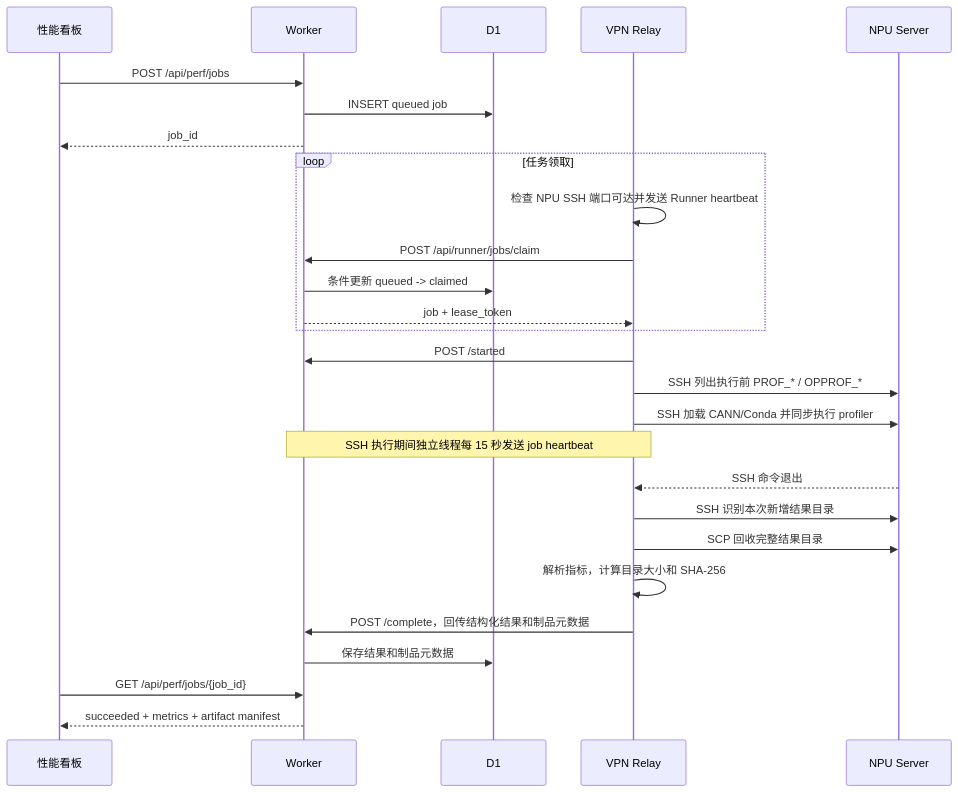
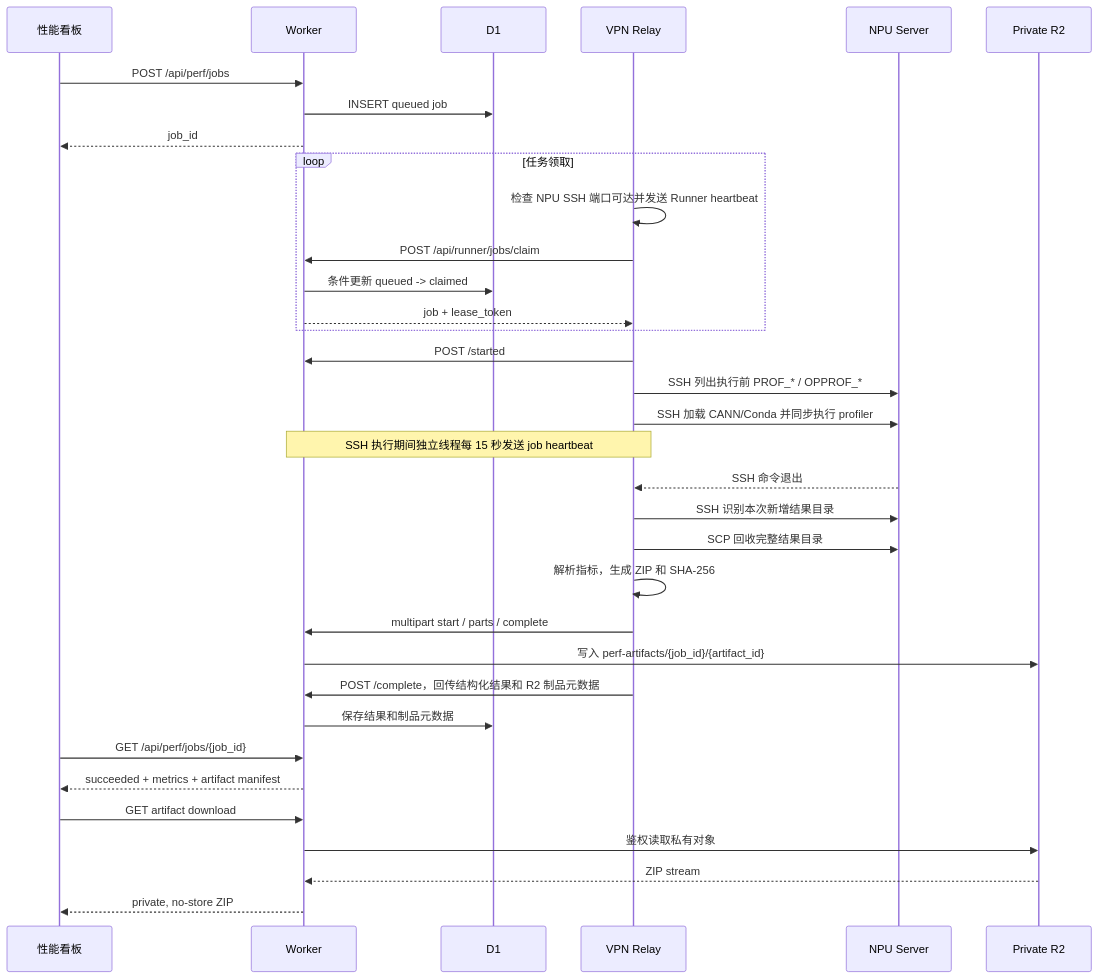
The second of 3 diagrams in docs/npu-vpn-runner-design.md (fazhenyao/flash-linear-attention-npu-io), drawn with Mermaid before and after one commit. The commit also changed other lines of this file, not shown here.

Commit message:
Update current NPU collection architecture

````diff
--- a/docs/npu-vpn-runner-design.md
+++ b/docs/npu-vpn-runner-design.md
@@ -181,32 +196,39 @@
 ```mermaid
 sequenceDiagram
     participant UI as 性能看板
     participant W as Worker
     participant D as D1
     participant R as VPN Relay
     participant N as NPU Server
+    participant O as Private R2
 
     UI->>W: POST /api/perf/jobs
     W->>D: INSERT queued job
     W-->>UI: job_id
 
     loop 任务领取
         R->>R: 检查 NPU SSH 端口可达并发送 Runner heartbeat
         R->>W: POST /api/runner/jobs/claim
         W->>D: 条件更新 queued -> claimed
         W-->>R: job + lease_token
     end
 
     R->>W: POST /started
     R->>N: SSH 列出执行前 PROF_* / OPPROF_*
     R->>N: SSH 加载 CANN/Conda 并同步执行 profiler
     Note over R,W: SSH 执行期间独立线程每 15 秒发送 job heartbeat
     N-->>R: SSH 命令退出
     R->>N: SSH 识别本次新增结果目录
     R->>N: SCP 回收完整结果目录
-    R->>R: 解析指标，计算目录大小和 SHA-256
-    R->>W: POST /complete，回传结构化结果和制品元数据
+    R->>R: 解析指标，生成 ZIP 和 SHA-256
+    R->>W: multipart start / parts / complete
+    W->>O: 写入 perf-artifacts/{job_id}/{artifact_id}
+    R->>W: POST /complete，回传结构化结果和 R2 制品元数据
     W->>D: 保存结果和制品元数据
     UI->>W: GET /api/perf/jobs/{job_id}
     W-->>UI: succeeded + metrics + artifact manifest
+    UI->>W: GET artifact download
+    W->>O: 鉴权读取私有对象
+    O-->>W: ZIP stream
+    W-->>UI: private, no-store ZIP
 ```
````
